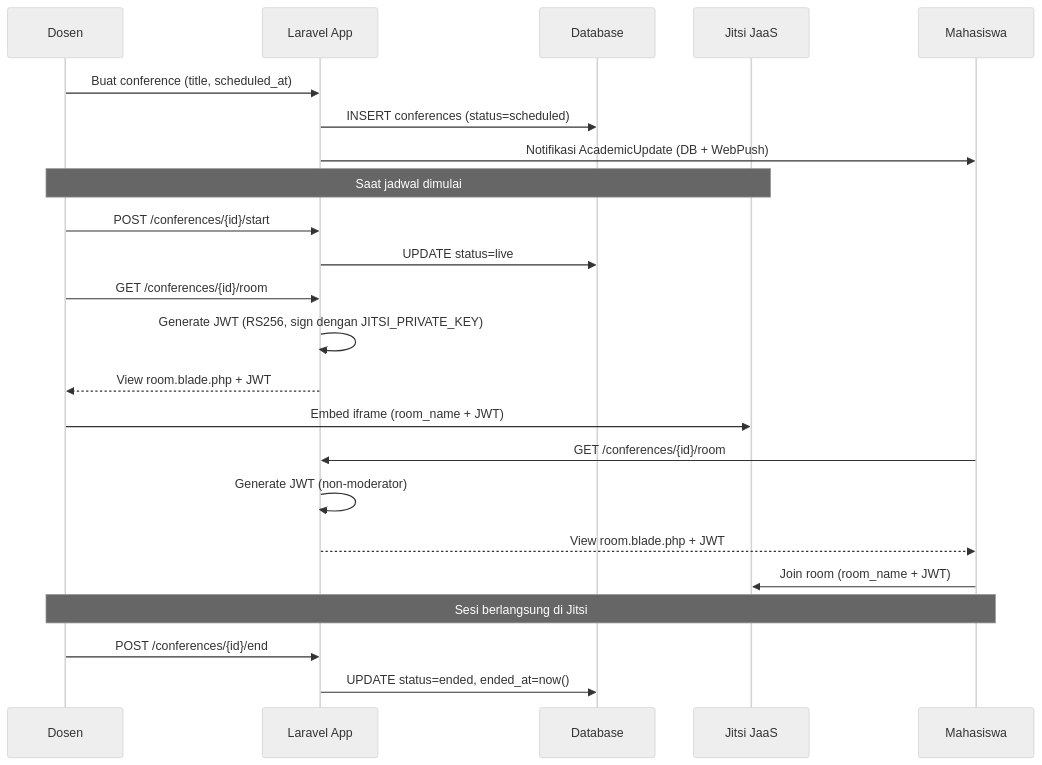
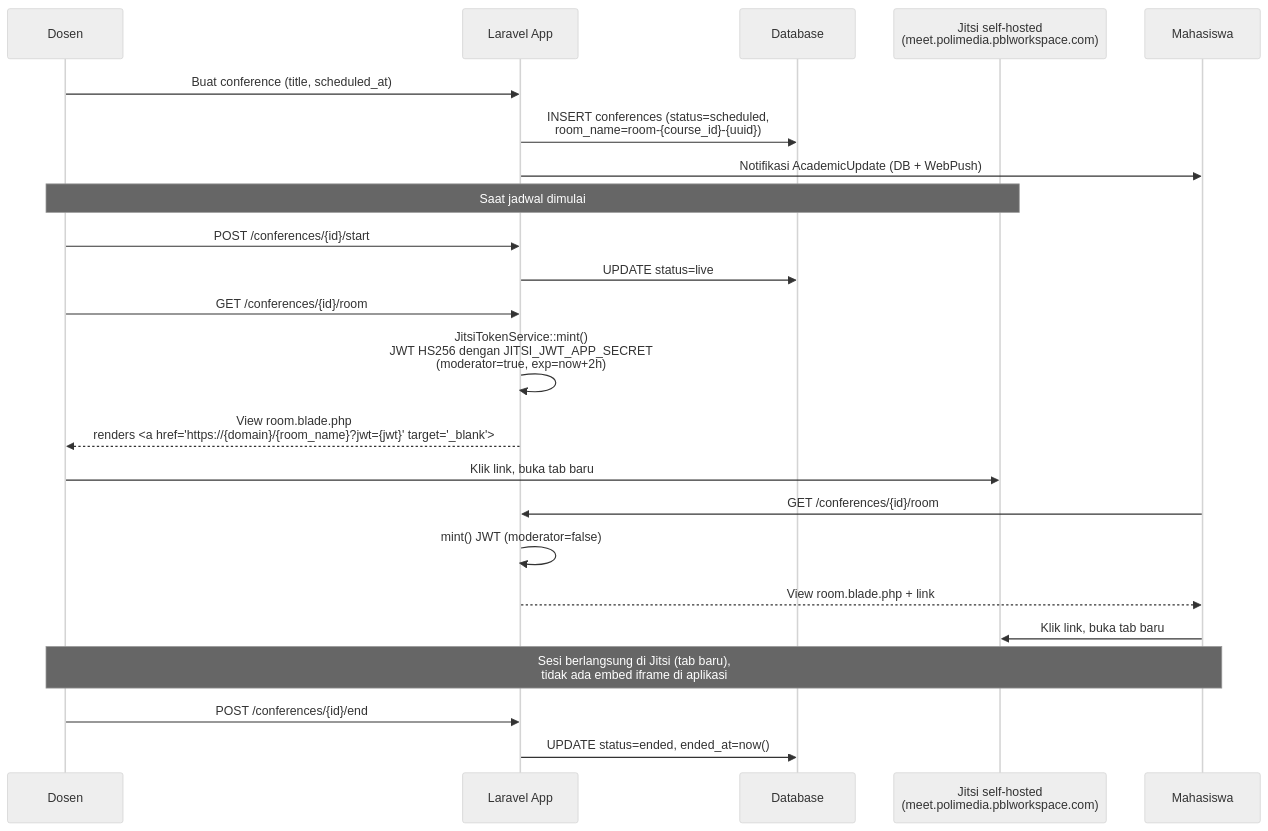
The fifth of 7 diagrams in docs/bab4-implementasi.md (SendhyKurniawan/projectbasedlearning), drawn with Mermaid (neutral theme) before and after one commit. The commit also changed other lines of this file and 80 other files, not shown here.

````diff
--- a/docs/bab4-implementasi.md
+++ b/docs/bab4-implementasi.md
@@ -806,26 +836,26 @@
 ```mermaid
 sequenceDiagram
     participant D as Dosen
     participant App as Laravel App
     participant DB as Database
-    participant J as Jitsi JaaS
+    participant J as Jitsi self-hosted<br/>(meet.polimedia.pblworkspace.com)
     participant M as Mahasiswa
 
     D->>App: Buat conference (title, scheduled_at)
-    App->>DB: INSERT conferences (status=scheduled)
+    App->>DB: INSERT conferences (status=scheduled,<br/>room_name=room-{course_id}-{uuid})
     App->>M: Notifikasi AcademicUpdate (DB + WebPush)
     Note over D,J: Saat jadwal dimulai
     D->>App: POST /conferences/{id}/start
     App->>DB: UPDATE status=live
     D->>App: GET /conferences/{id}/room
-    App->>App: Generate JWT (RS256, sign dengan JITSI_PRIVATE_KEY)
-    App-->>D: View room.blade.php + JWT
-    D->>J: Embed iframe (room_name + JWT)
+    App->>App: JitsiTokenService::mint()<br/>JWT HS256 dengan JITSI_JWT_APP_SECRET<br/>(moderator=true, exp=now+2h)
+    App-->>D: View room.blade.php<br/>renders <a href="https://{domain}/{room_name}?jwt={jwt}" target="_blank">
+    D->>J: Klik link, buka tab baru
     M->>App: GET /conferences/{id}/room
-    App->>App: Generate JWT (non-moderator)
-    App-->>M: View room.blade.php + JWT
-    M->>J: Join room (room_name + JWT)
-    Note over D,M: Sesi berlangsung di Jitsi
+    App->>App: mint() JWT (moderator=false)
+    App-->>M: View room.blade.php + link
+    M->>J: Klik link, buka tab baru
+    Note over D,M: Sesi berlangsung di Jitsi (tab baru),<br/>tidak ada embed iframe di aplikasi
     D->>App: POST /conferences/{id}/end
     App->>DB: UPDATE status=ended, ended_at=now()
 ```
````
